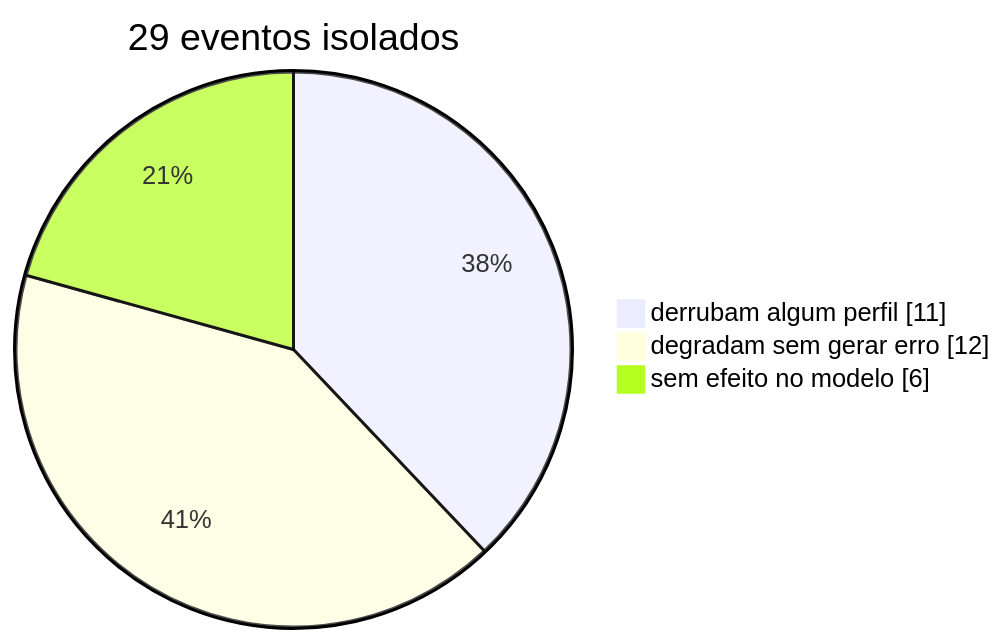
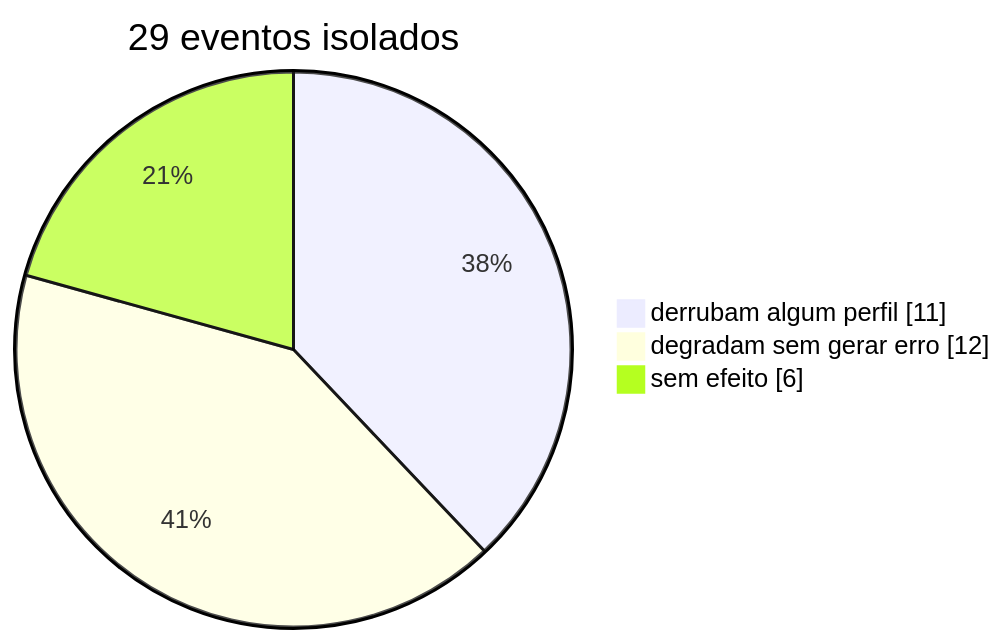
Before and after one commit to tr0drigues/gemeodigital: the fourth of 12 diagrams in README.md, drawn with Mermaid. The commit also changed other lines of this file and 2 other files, not shown here.

````diff
--- a/README.md
+++ b/README.md
@@ -294,6 +224,6 @@
 ```mermaid
 pie showData title 29 eventos isolados
     "derrubam algum perfil" : 11
     "degradam sem gerar erro" : 12
-    "sem efeito no modelo" : 6
+    "sem efeito" : 6
 ```
````
